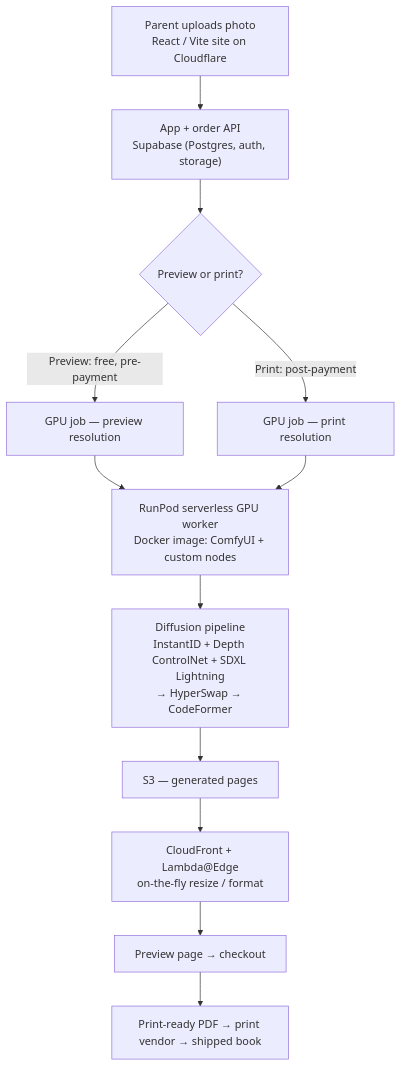
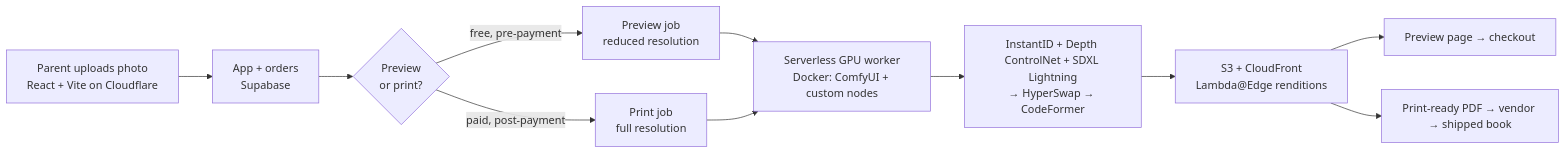
One commit to vimal-pavi/TalesBerry changed the diagram in README.md. Above: the diagram before and after it, drawn with Mermaid. The commit also changed other lines of this file, not shown here.

````diff
--- a/README.md
+++ b/README.md
@@ -16,14 +16,13 @@
 ```mermaid
-flowchart TD
-    A["Parent uploads photo<br/>React / Vite site on Cloudflare"] --> B["App + order API<br/>Supabase (Postgres, auth, storage)"]
-    B --> C{"Preview or print?"}
-    C -->|Preview: free, pre-payment| D["GPU job — preview resolution"]
-    C -->|Print: post-payment| E["GPU job — print resolution"]
-    D --> F["RunPod serverless GPU worker<br/>Docker image: ComfyUI + custom nodes"]
+flowchart LR
+    A["Parent uploads photo<br/>React + Vite on Cloudflare"] --> B["App + orders<br/>Supabase"]
+    B --> C{"Preview<br/>or print?"}
+    C -->|"free, pre-payment"| D["Preview job<br/>reduced resolution"]
+    C -->|"paid, post-payment"| E["Print job<br/>full resolution"]
+    D --> F["Serverless GPU worker<br/>Docker: ComfyUI + custom nodes"]
     E --> F
-    F --> G["Diffusion pipeline<br/>InstantID + Depth ControlNet + SDXL Lightning<br/>→ HyperSwap → CodeFormer"]
-    G --> H["S3 — generated pages"]
-    H --> I["CloudFront + Lambda@Edge<br/>on-the-fly resize / format"]
-    I --> J["Preview page → checkout"]
-    J --> K["Print-ready PDF → print vendor → shipped book"]
+    F --> G["InstantID + Depth ControlNet + SDXL Lightning<br/>→ HyperSwap → CodeFormer"]
+    G --> H["S3 + CloudFront<br/>Lambda@Edge renditions"]
+    H --> I["Preview page → checkout"]
+    H --> J["Print-ready PDF → vendor → shipped book"]
 ```
````
